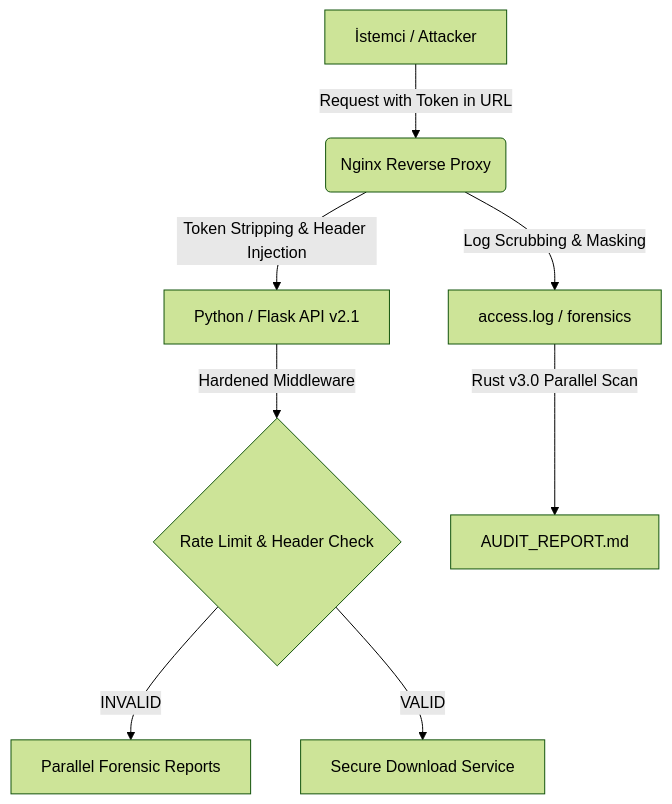
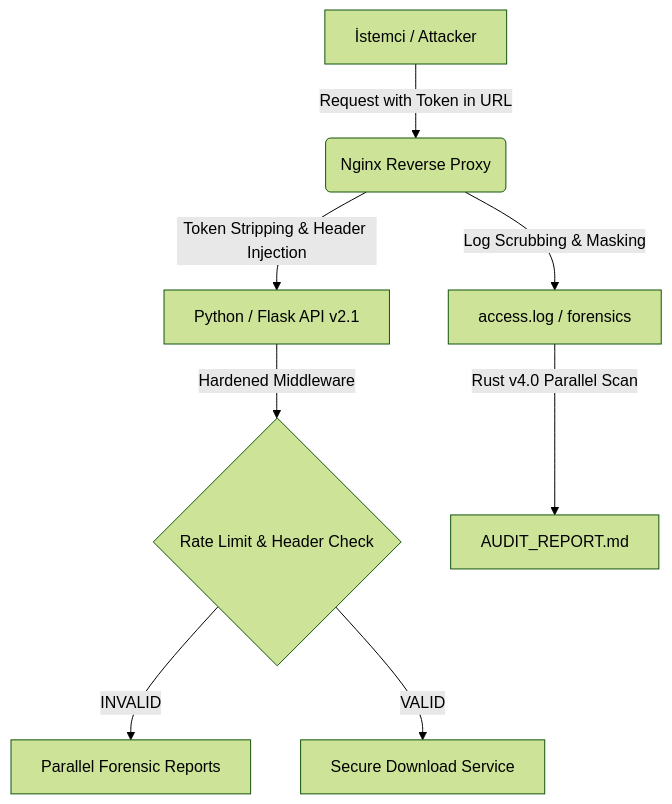
One commit to begumakyuz/Token_in_Query_Params changed the first of 2 diagrams in README.md. Above: the diagram before and after it, drawn with Mermaid (forest theme). The commit also changed other lines of this file and 1 other file, not shown here.

````diff
--- a/README.md
+++ b/README.md
@@ -45,10 +45,10 @@
 ```mermaid
 graph TD
     A[İstemci / Attacker] -->|Request with Token in URL| B(Nginx Reverse Proxy)
     B -->|Log Scrubbing & Masking| C[access.log / forensics]
     B -->|Token Stripping & Header Injection| D[Python / Flask API v2.1]
     D -->|Hardened Middleware| E{Rate Limit & Header Check}
     E -->|INVALID| F[Parallel Forensic Reports]
     E -->|VALID| G[Secure Download Service]
-    C -->|Rust v3.0 Parallel Scan| H[AUDIT_REPORT.md]
+    C -->|Rust v4.0 Parallel Scan| H[AUDIT_REPORT.md]
 ```
````
